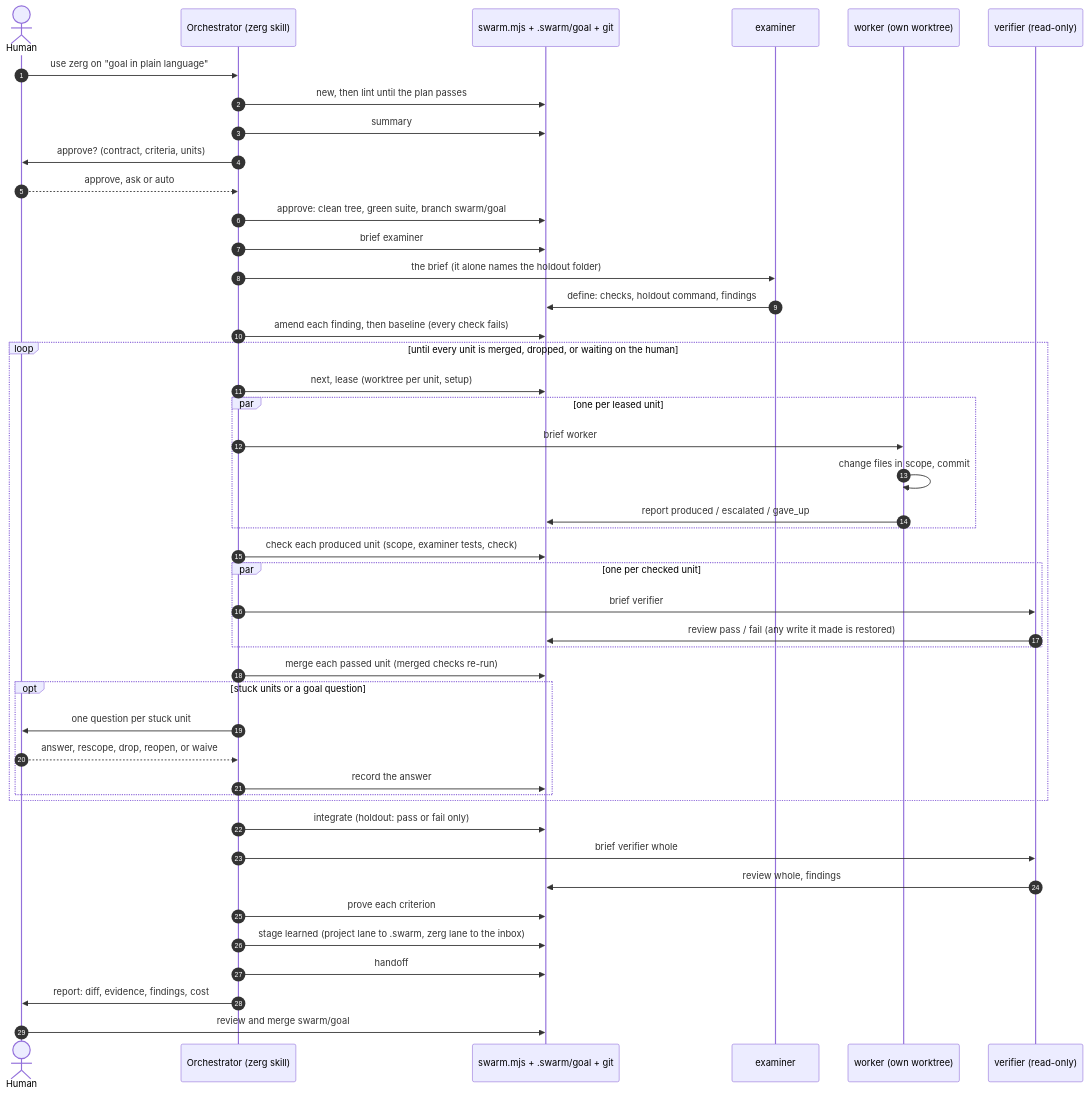
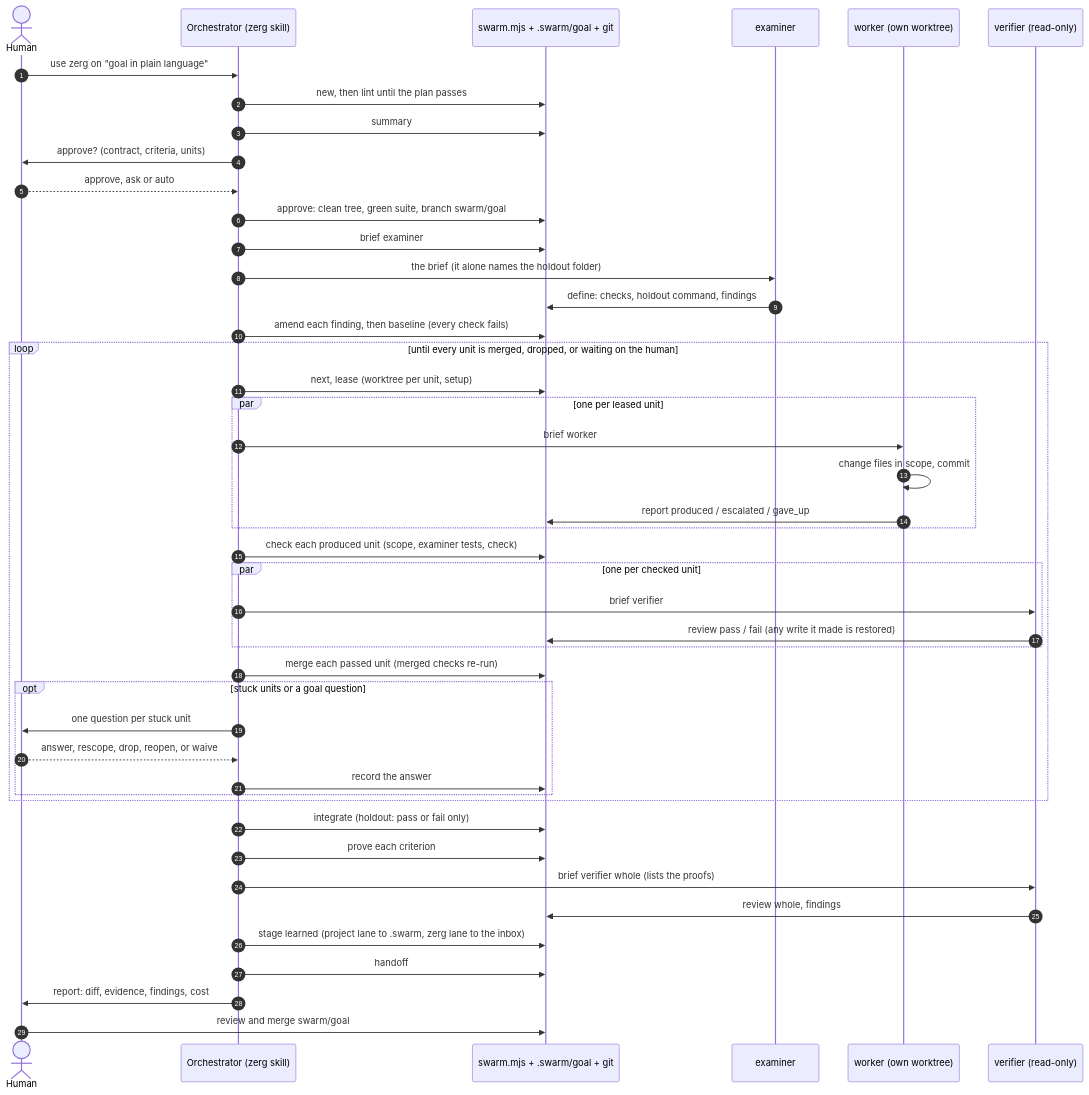
One commit to tacoda/zerg changed the second of 2 diagrams in docs/workflow.md. Above: the diagram before and after it, drawn with Mermaid. The commit also changed other lines of this file and 8 other files, not shown here.

````diff
--- a/docs/workflow.md
+++ b/docs/workflow.md
@@ -59,50 +59,50 @@
 ```mermaid
 sequenceDiagram
     autonumber
     actor H as Human
     participant O as Orchestrator (zerg skill)
     participant S as swarm.mjs + .swarm/goal + git
     participant E as examiner
     participant W as worker (own worktree)
     participant V as verifier (read-only)
 
     H->>O: use zerg on "goal in plain language"
     O->>S: new, then lint until the plan passes
     O->>S: summary
     O->>H: approve? (contract, criteria, units)
     H-->>O: approve, ask or auto
     O->>S: approve: clean tree, green suite, branch swarm/goal
     O->>S: brief examiner
     O->>E: the brief (it alone names the holdout folder)
     E->>S: define: checks, holdout command, findings
     O->>S: amend each finding, then baseline (every check fails)
 
     loop until every unit is merged, dropped, or waiting on the human
         O->>S: next, lease (worktree per unit, setup)
         par one per leased unit
             O->>W: brief worker
             W->>W: change files in scope, commit
             W->>S: report produced / escalated / gave_up
         end
         O->>S: check each produced unit (scope, examiner tests, check)
         par one per checked unit
             O->>V: brief verifier
             V->>S: review pass / fail (any write it made is restored)
         end
         O->>S: merge each passed unit (merged checks re-run)
         opt stuck units or a goal question
             O->>H: one question per stuck unit
             H-->>O: answer, rescope, drop, reopen, or waive
             O->>S: record the answer
         end
     end
 
     O->>S: integrate (holdout: pass or fail only)
-    O->>V: brief verifier whole
+    O->>S: prove each criterion
+    O->>V: brief verifier whole (lists the proofs)
     V->>S: review whole, findings
-    O->>S: prove each criterion
     O->>S: stage learned (project lane to .swarm, zerg lane to the inbox)
     O->>S: handoff
     O->>H: report: diff, evidence, findings, cost
     H->>S: review and merge swarm/goal
 ```
````
